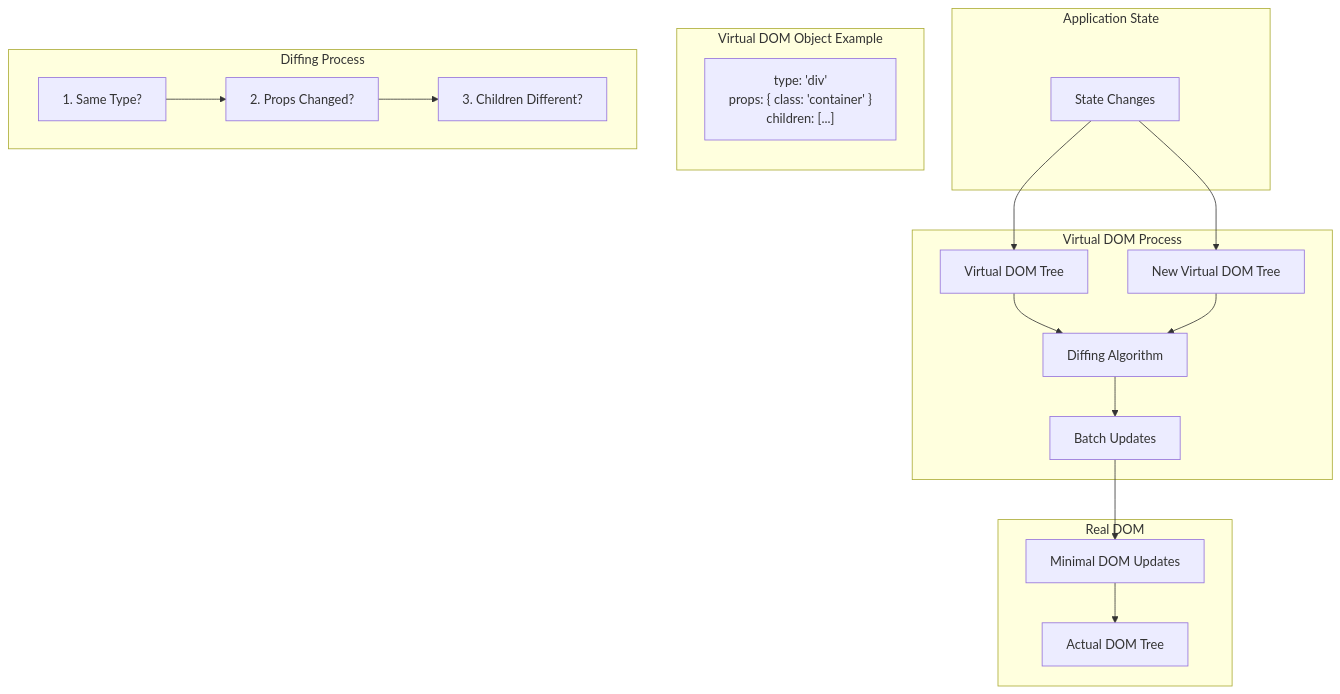
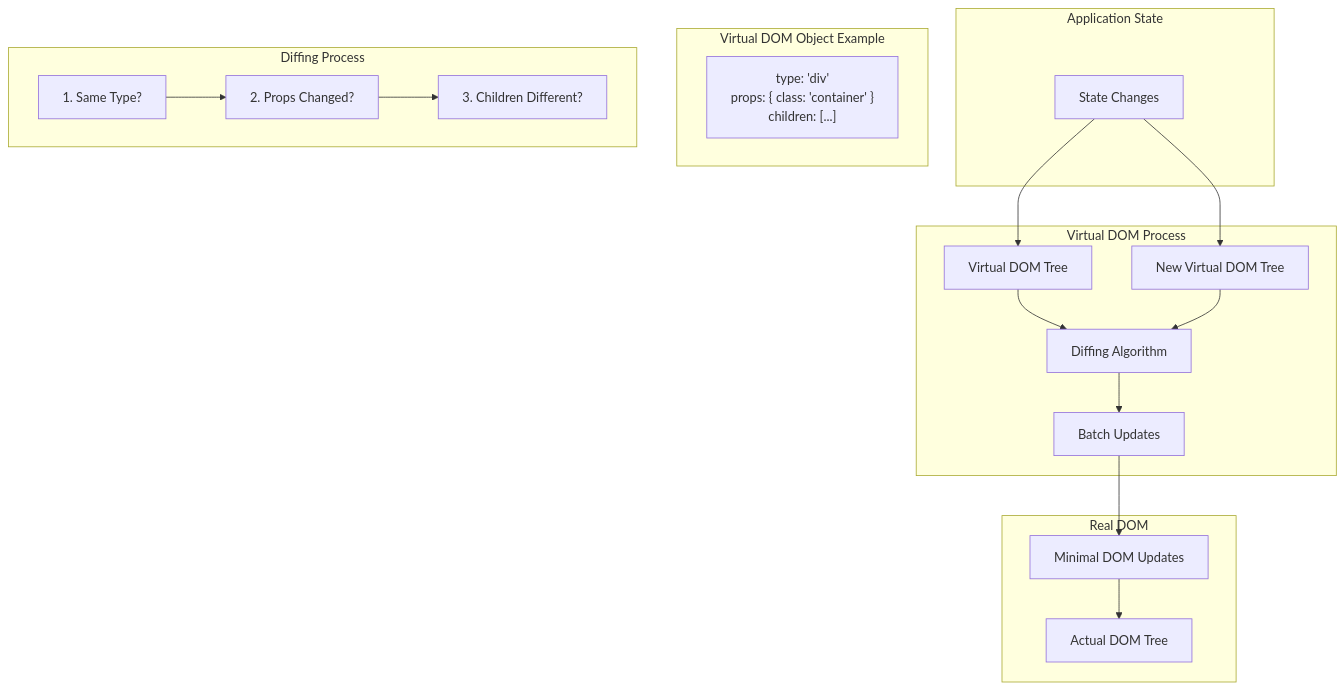
Before and after one commit to threemak/vdom-monorepo: the diagram in packages/vdom3r/vdom-flowchart.mmd, drawn with Mermaid.

```diff
--- a/packages/vdom3r/vdom-flowchart.mmd
+++ b/packages/vdom3r/vdom-flowchart.mmd
@@ -1,42 +1,41 @@
 flowchart TB
     subgraph Application["Application State"]
         State["State Changes"]
     end
 
     subgraph VirtualDOM["Virtual DOM Process"]
         VDOM1["Virtual DOM Tree"]
         VDOM2["New Virtual DOM Tree"]
         diff["Diffing Algorithm"]
         batch["Batch Updates"]
     end
 
     subgraph RealDOM["Real DOM"]
         DOM["Actual DOM Tree"]
         Updates["Minimal DOM Updates"]
     end
 
     State --> VDOM1
     State --> VDOM2
     VDOM1 --> diff
     VDOM2 --> diff
     diff --> batch
     batch --> Updates
     Updates --> DOM
 
     %% Object representations
     subgraph VDOMExample["Virtual DOM Object Example"]
-        direction TB
         VNode["type: 'div'
         props: { class: 'container' }
         children: [...]"]
     end
 
     subgraph DiffingProcess["Diffing Process"]
         direction LR
         D1["1. Same Type?"]
         D2["2. Props Changed?"]
         D3["3. Children Different?"]
     end
 
     D1 --> D2
     D2 --> D3
```
